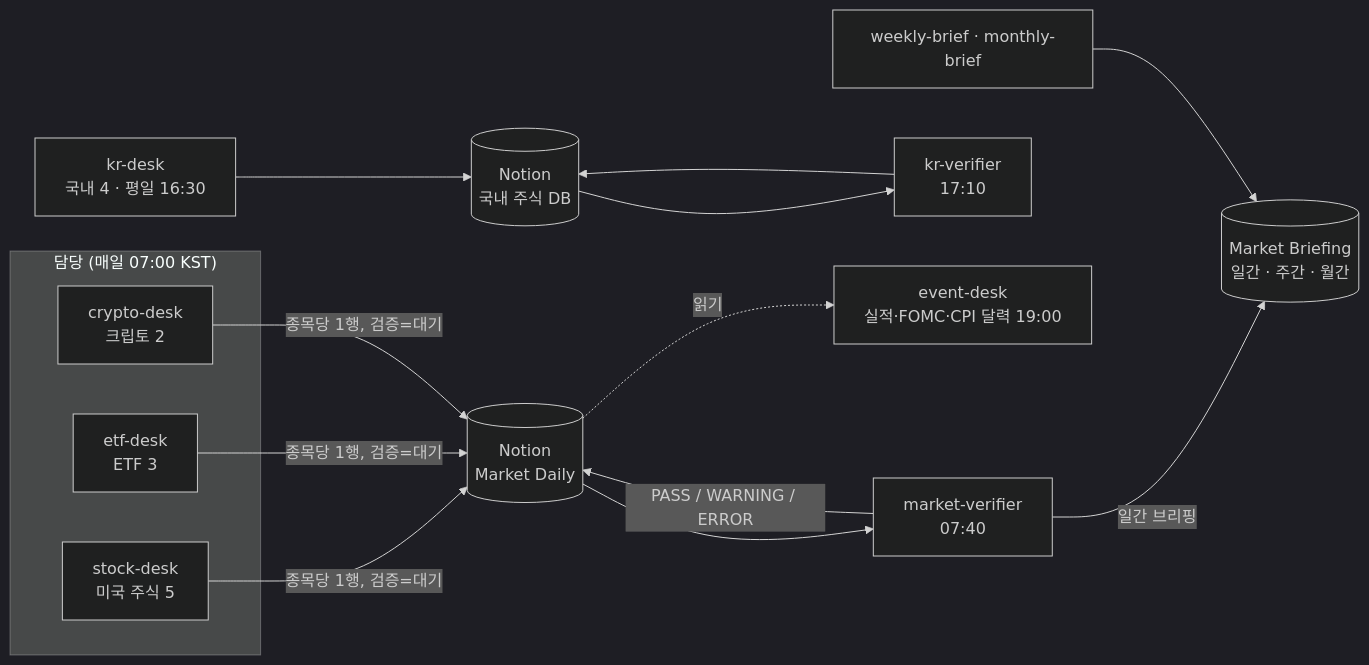
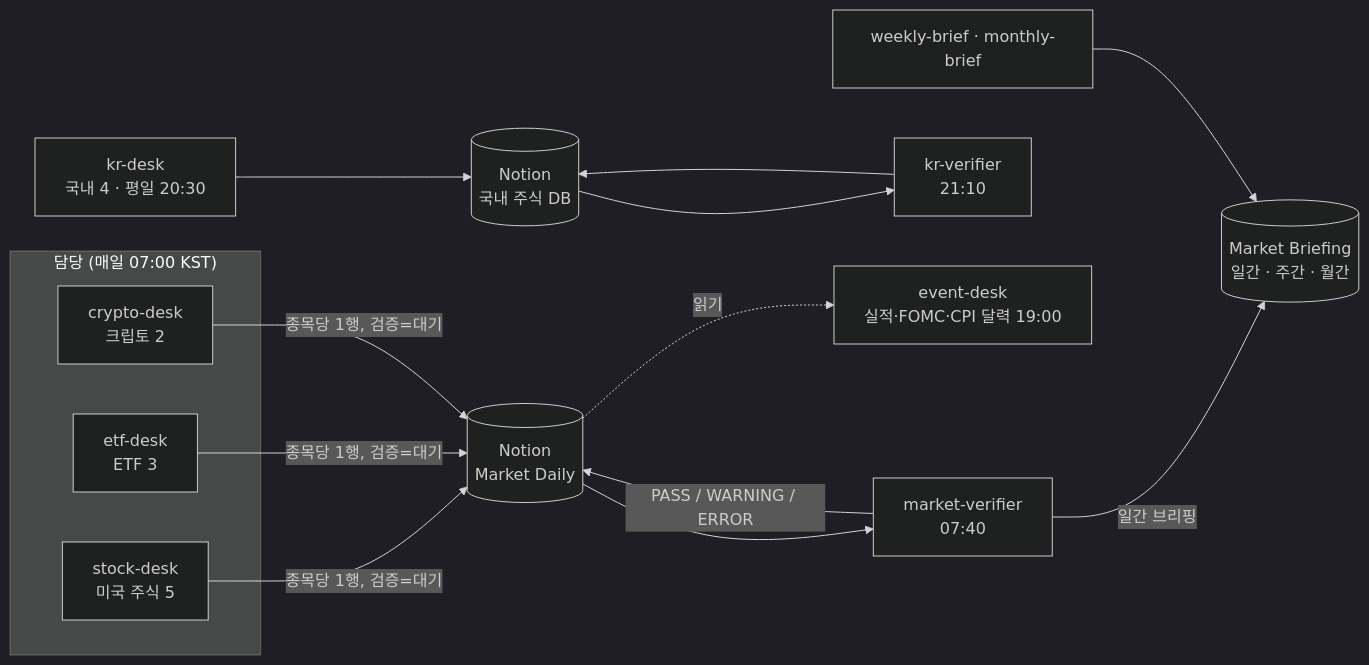
Before and after one commit to ejmogly/market-watch: the diagram in README.md, drawn with Mermaid (dark theme). The commit also changed other lines of this file and 23 other files, not shown here.

````diff
--- a/README.md
+++ b/README.md
@@ -22,22 +22,22 @@
 ```mermaid
 flowchart LR
   subgraph desks["담당 (매일 07:00 KST)"]
     S[stock-desk<br/>미국 주식 5]
     E[etf-desk<br/>ETF 3]
     C[crypto-desk<br/>크립토 2]
   end
-  K[kr-desk<br/>국내 4 · 평일 16:30]
+  K[kr-desk<br/>국내 4 · 평일 20:30]
   MD[(Notion<br/>Market Daily)]
   KD[(Notion<br/>국내 주식 DB)]
   V[market-verifier<br/>07:40]
-  KV[kr-verifier<br/>17:10]
+  KV[kr-verifier<br/>21:10]
   B[(Market Briefing<br/>일간 · 주간 · 월간)]
   EV[event-desk<br/>실적·FOMC·CPI 달력 19:00]
   S & E & C -->|종목당 1행, 검증=대기| MD
   K --> KD
   MD --> V -->|PASS / WARNING / ERROR| MD
   KD --> KV --> KD
   V -->|일간 브리핑| B
   W[weekly-brief · monthly-brief] --> B
   MD -.읽기.-> EV
 ```
````
